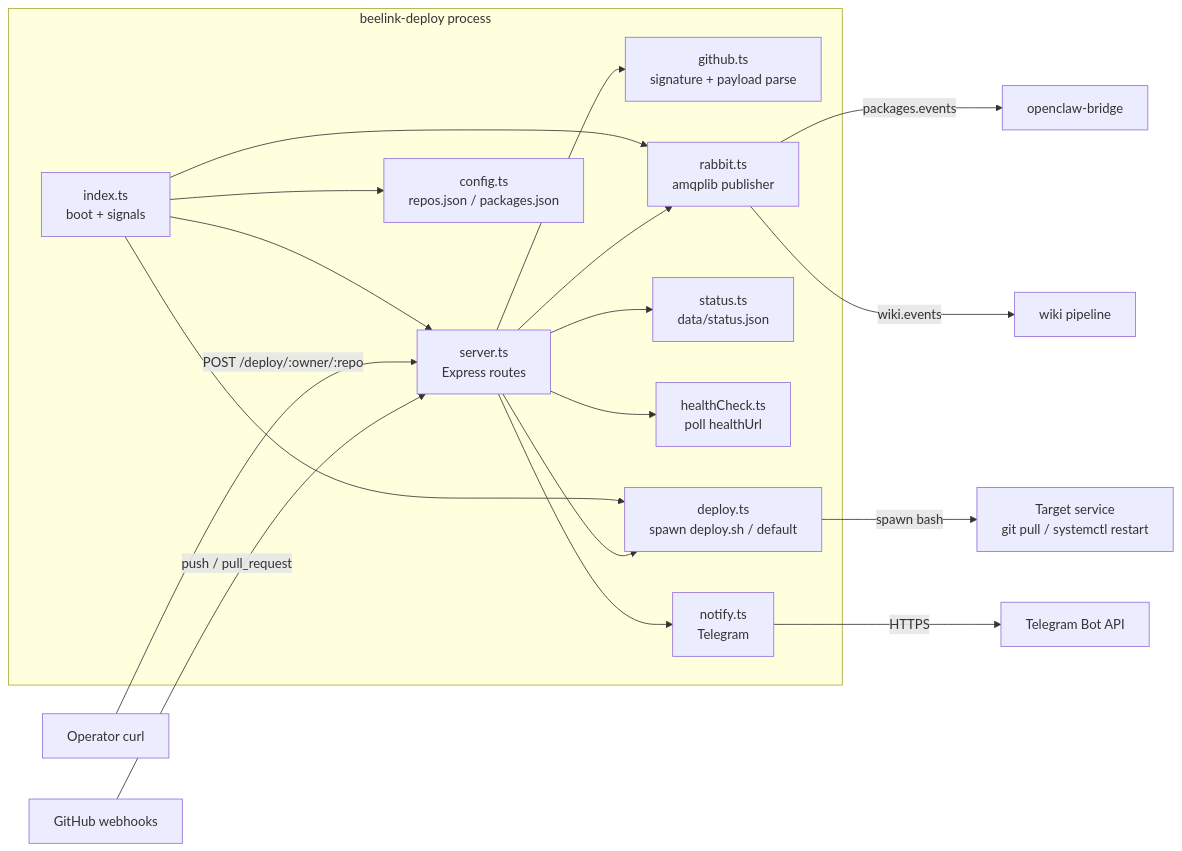
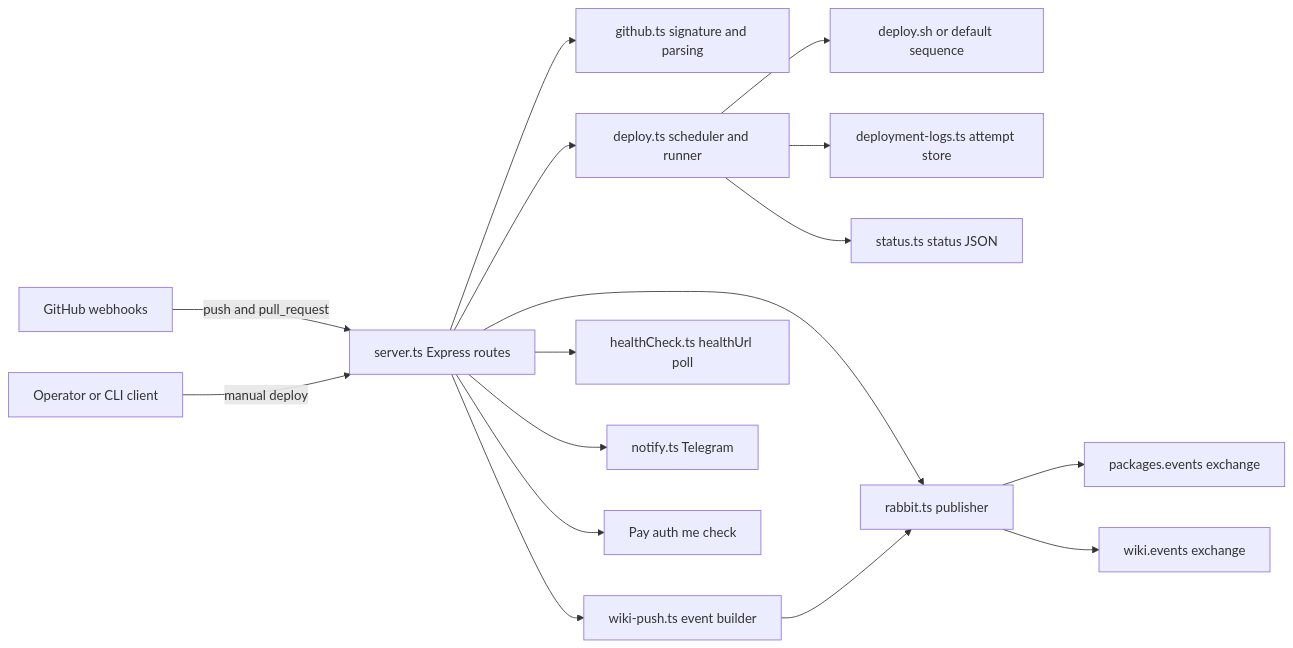
One commit to Jeffrey-Keyser/project-wiki changed the diagram in content/repos/Jeffrey-Keyser-beelink-deploy/Architecture.md. Above: the diagram before and after it, drawn with Mermaid. The commit also changed other lines of this file and 150 other files, not shown here.

````diff
--- a/content/repos/Jeffrey-Keyser-beelink-deploy/Architecture.md
+++ b/content/repos/Jeffrey-Keyser-beelink-deploy/Architecture.md
@@ -12,33 +12,33 @@
 ```mermaid
 flowchart LR
-  GH[GitHub webhooks] -->|push / pull_request| Server
-  Op[Operator curl] -->|POST /deploy/:owner/:repo| Server
-
-  subgraph beelink-deploy process
-    Index[index.ts<br/>boot + signals]
-    Server[server.ts<br/>Express routes]
-    Config[config.ts<br/>repos.json / packages.json]
-    GHParse[github.ts<br/>signature + payload parse]
-    Deploy[deploy.ts<br/>spawn deploy.sh / default]
-    Status[status.ts<br/>data/status.json]
-    Health[healthCheck.ts<br/>poll healthUrl]
-    Notify[notify.ts<br/>Telegram]
-    Rabbit[rabbit.ts<br/>amqplib publisher]
-  end
-
-  Server --> GHParse
-  Server --> Deploy
-  Server --> Status
-  Server --> Health
-  Server --> Notify
-  Server --> Rabbit
-  Index --> Server
-  Index --> Config
-  Index --> Rabbit
-  Index --> Deploy
-
-  Deploy -->|spawn bash| Target[Target service<br/>git pull / systemctl restart]
-  Rabbit -->|packages.events| OB[openclaw-bridge]
-  Rabbit -->|wiki.events| Wiki[wiki pipeline]
-  Notify -->|HTTPS| TG[Telegram Bot API]
+  GH["GitHub webhooks"]
+  OP["Operator or CLI client"]
+  SRV["server.ts Express routes"]
+  GHP["github.ts signature and parsing"]
+  WP["wiki-push.ts event builder"]
+  SCH["deploy.ts scheduler and runner"]
+  DS["deploy.sh or default sequence"]
+  DLS["deployment-logs.ts attempt store"]
+  STS["status.ts status JSON"]
+  HC["healthCheck.ts healthUrl poll"]
+  NT["notify.ts Telegram"]
+  RB["rabbit.ts publisher"]
+  PE["packages.events exchange"]
+  WE["wiki.events exchange"]
+  PAY["Pay auth me check"]
+  GH -->|"push and pull_request"| SRV
+  OP -->|"manual deploy"| SRV
+  SRV --> PAY
+  SRV --> GHP
+  SRV --> WP
+  SRV --> SCH
+  SCH --> DS
+  SCH --> DLS
+  SCH --> STS
+  SRV --> HC
+  SRV --> NT
+  SRV --> RB
+  WP --> RB
+  RB --> PE
+  RB --> WE
 ```
````
